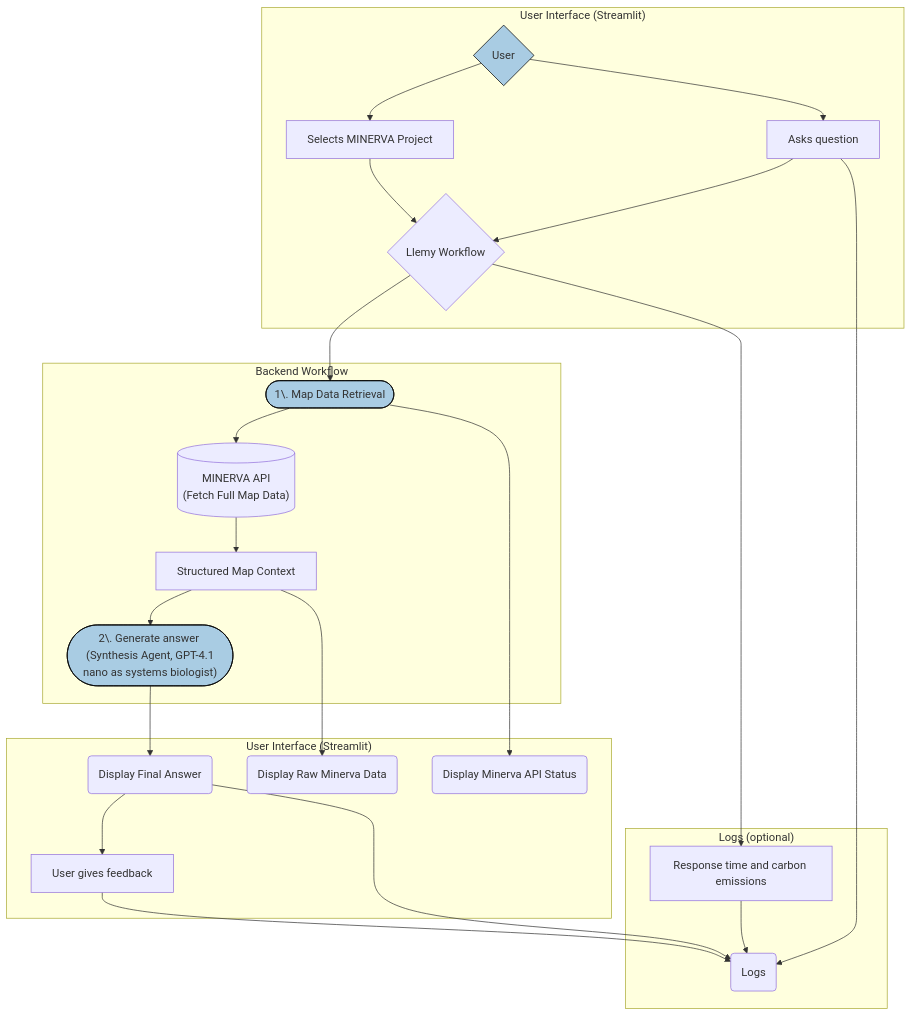
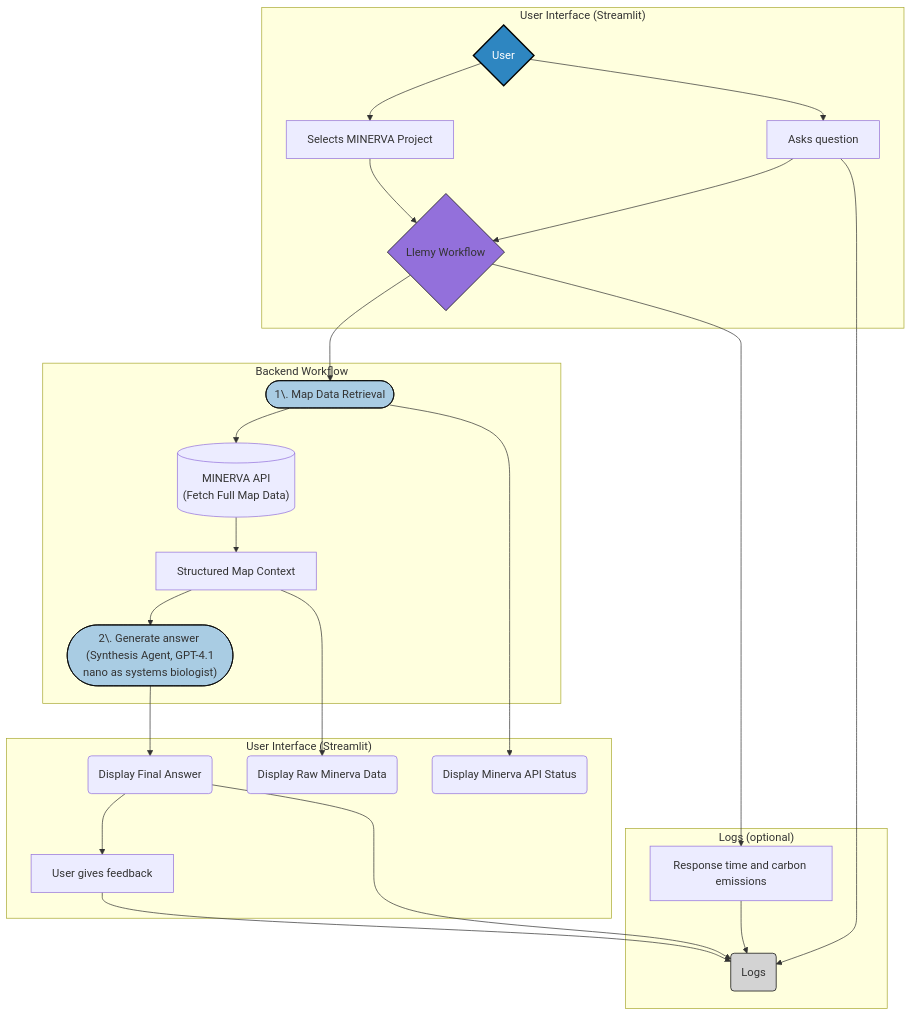
Before and after one commit to ontox-project/Llemy: the diagram in README.md, drawn with Mermaid.

Commit message:
cosmetic changes mermaid diagram

````diff
--- a/README.md
+++ b/README.md
@@ -15,37 +15,39 @@
 ```mermaid
 graph TD 
     subgraph "User Interface (Streamlit)"
         A{User} --> B[Selects MINERVA Project];
         A{User} --> C[Asks question];
         B[Selects MINERVA Project] --> D{Llemy Workflow};
         C[Asks question] --> D{Llemy Workflow};
     end
 
     subgraph "Backend Workflow"
         D --> E([1\. Map Data Retrieval]);
         E --> H[("MINERVA API <br> (Fetch Full Map Data)")];
 
         H --> I[Structured Map Context];
 
         I --> O(["2\. Generate answer <br> (Synthesis Agent, GPT-4.1 nano as systems biologist)"]);
     end
 
     subgraph "User Interface (Streamlit)"
         O --> P(Display Final Answer);
         I --> Q(Display Raw Minerva Data);
         E --> R(Display Minerva API Status);
         P(Display Final Answer) --> S[User gives feedback];
     end
 
     subgraph "Logs (optional)"
         D{Llemy Workflow} --> F[Response time and carbon emissions];
         S[User gives feedback] --> T(Logs);
         C[Asks question] --> T(Logs);
         P(Display Final Answer) --> T(Logs);
         F[Response time and carbon emissions] --> T(Logs);
     end
 
-    style A fill:#A9CCE3,stroke:#000
+    style A fill:#2E86C1,stroke:#000,stroke-width:2px,color:#fff
+    style D fill:#9370DB,stroke:#000
     style E fill:#A9CCE3,stroke:#000
     style O fill:#A9CCE3,stroke:#000
+    style T fill:#D3D3D3,stroke:#000
 ```
````
